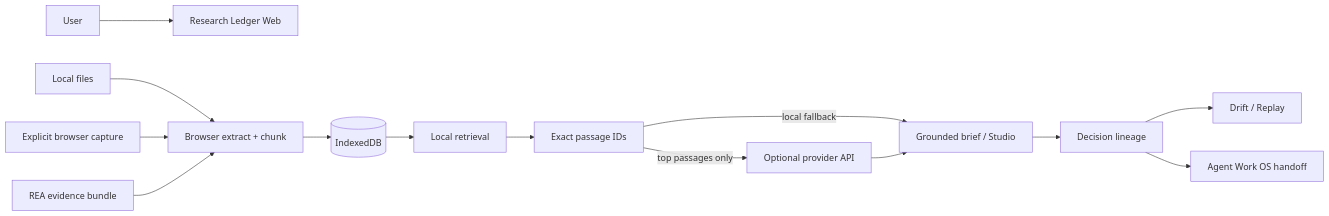
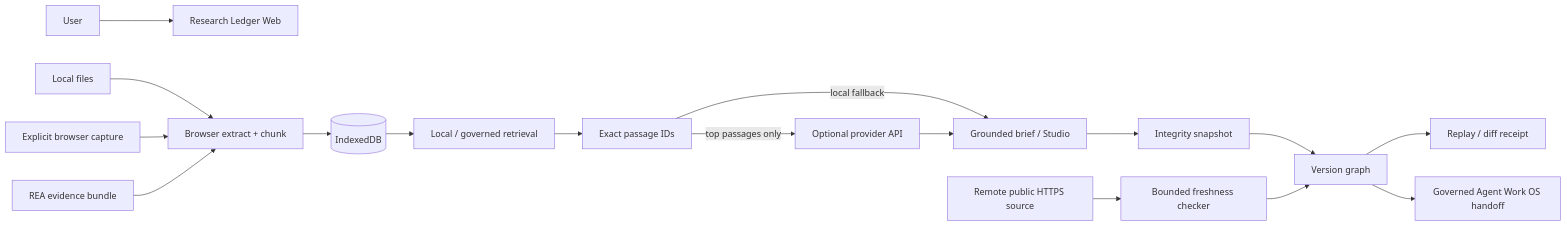
Before and after one commit to rrahul0904/agent-work-os: the diagram in labs/research-ledger/docs/REA_REPORT.md, drawn with Mermaid. The commit also changed other lines of this file, not shown here.

Commit message:
docs(rea): record v0.3 replay freshness and handoff progress

````diff
--- a/labs/research-ledger/docs/REA_REPORT.md
+++ b/labs/research-ledger/docs/REA_REPORT.md
@@ -73,16 +76,19 @@
 ```mermaid
 flowchart LR
   U[User] --> W[Research Ledger Web]
   F[Local files] --> X[Browser extract + chunk]
   B[Explicit browser capture] --> X
   R[REA evidence bundle] --> X
   X --> IDB[(IndexedDB)]
-  IDB --> RET[Local retrieval]
+  IDB --> RET[Local / governed retrieval]
   RET --> C[Exact passage IDs]
   C -->|local fallback| G[Grounded brief / Studio]
   C -->|top passages only| API[Optional provider API]
   API --> G
-  G --> L[Decision lineage]
-  L --> D[Drift / Replay]
-  L --> H[Agent Work OS handoff]
+  G --> S[Integrity snapshot]
+  S --> VG[Version graph]
+  VG --> RP[Replay / diff receipt]
+  VG --> H[Governed Agent Work OS handoff]
+  URL[Remote public HTTPS source] --> FR[Bounded freshness checker]
+  FR --> VG
 ```
````
